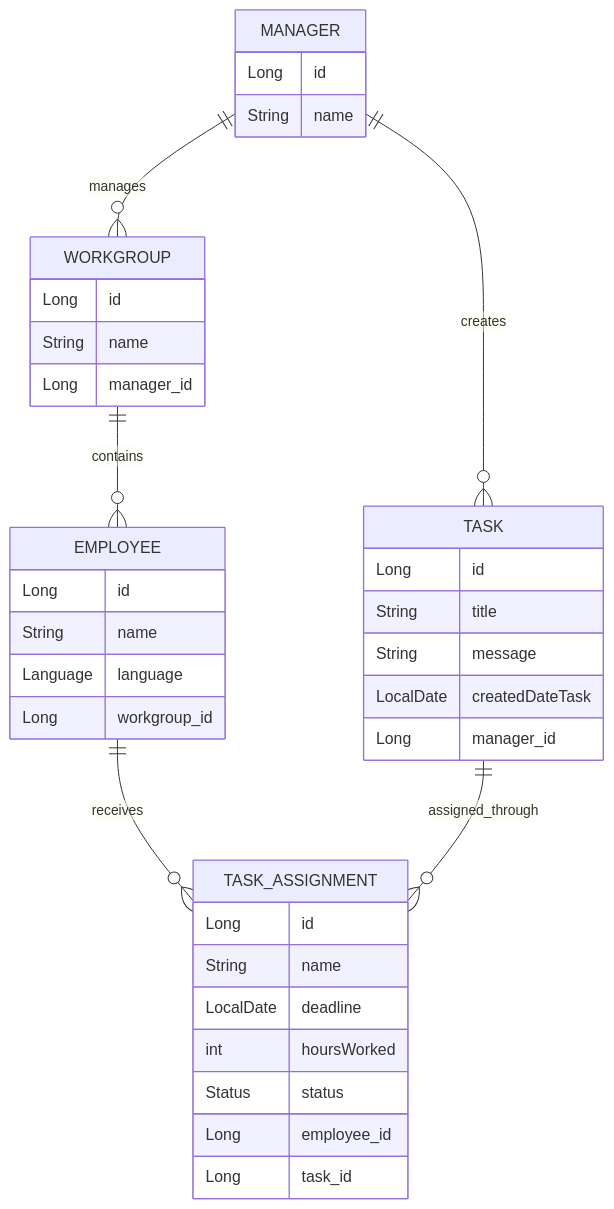
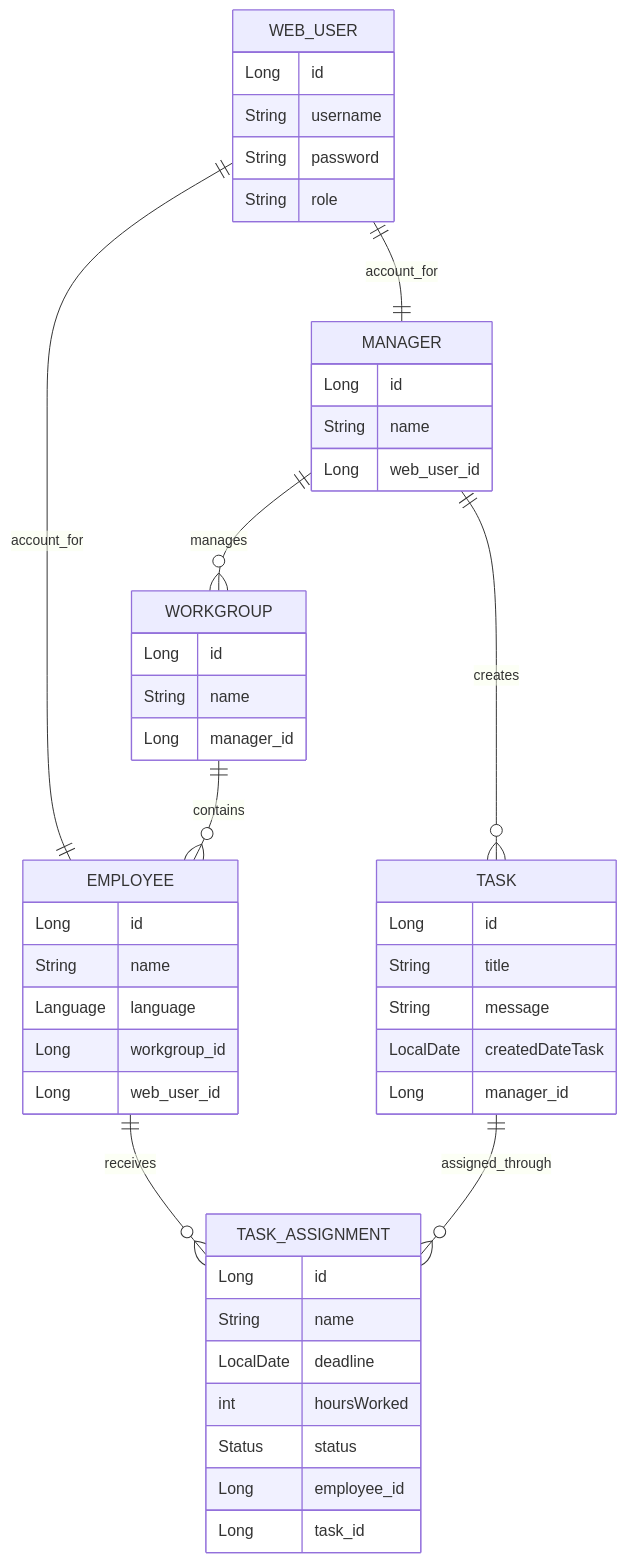
Before and after one commit to Harun195673/Manager_Translation: the diagram in README.md, drawn with Mermaid. The commit also changed other lines of this file, not shown here.

````diff
--- a/README.md
+++ b/README.md
@@ -28,44 +30,56 @@
 ```mermaid
 erDiagram
+    WEB_USER ||--|| MANAGER : account_for
+    WEB_USER ||--|| EMPLOYEE : account_for
+
     MANAGER ||--o{ WORKGROUP : manages
     MANAGER ||--o{ TASK : creates
     WORKGROUP ||--o{ EMPLOYEE : contains
     EMPLOYEE ||--o{ TASK_ASSIGNMENT : receives
     TASK ||--o{ TASK_ASSIGNMENT : assigned_through
 
+    WEB_USER {
+        Long id
+        String username
+        String password
+        String role
+    }
+
     MANAGER {
         Long id
         String name
+        Long web_user_id
     }
 
     WORKGROUP {
         Long id
         String name
         Long manager_id
     }
 
     EMPLOYEE {
         Long id
         String name
         Language language
         Long workgroup_id
+        Long web_user_id
     }
 
     TASK {
         Long id
         String title
         String message
         LocalDate createdDateTask
         Long manager_id
     }
 
     TASK_ASSIGNMENT {
         Long id
         String name
         LocalDate deadline
         int hoursWorked
         Status status
         Long employee_id
         Long task_id
     }
 ```
````
